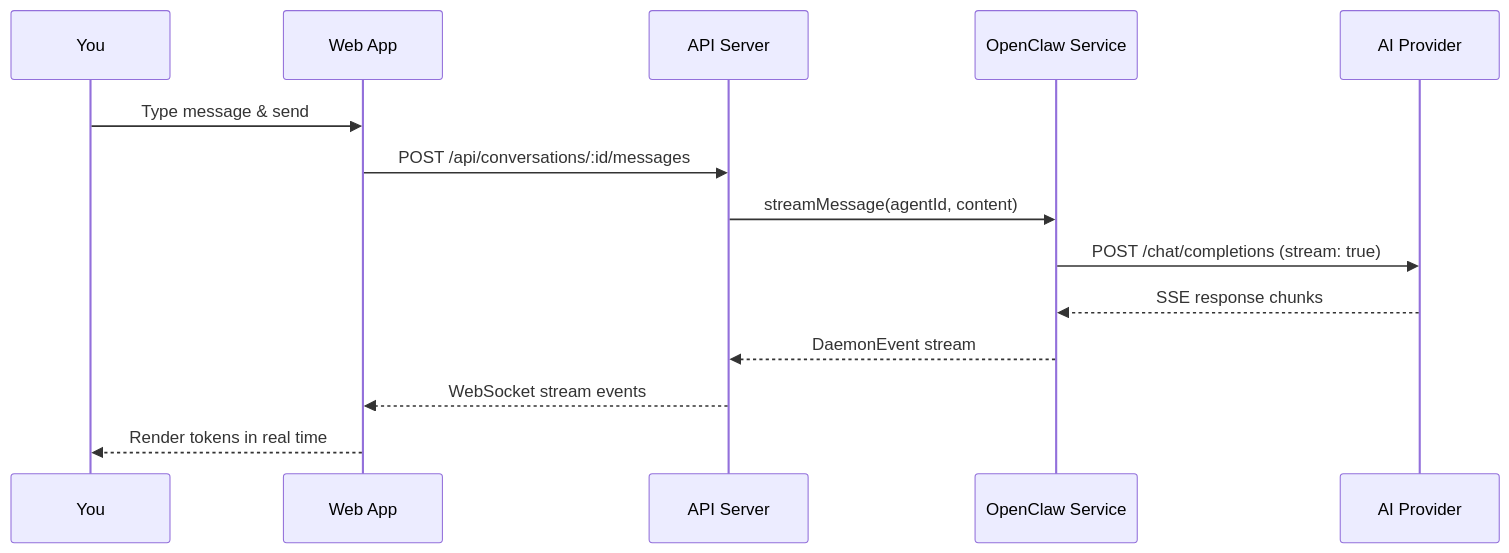
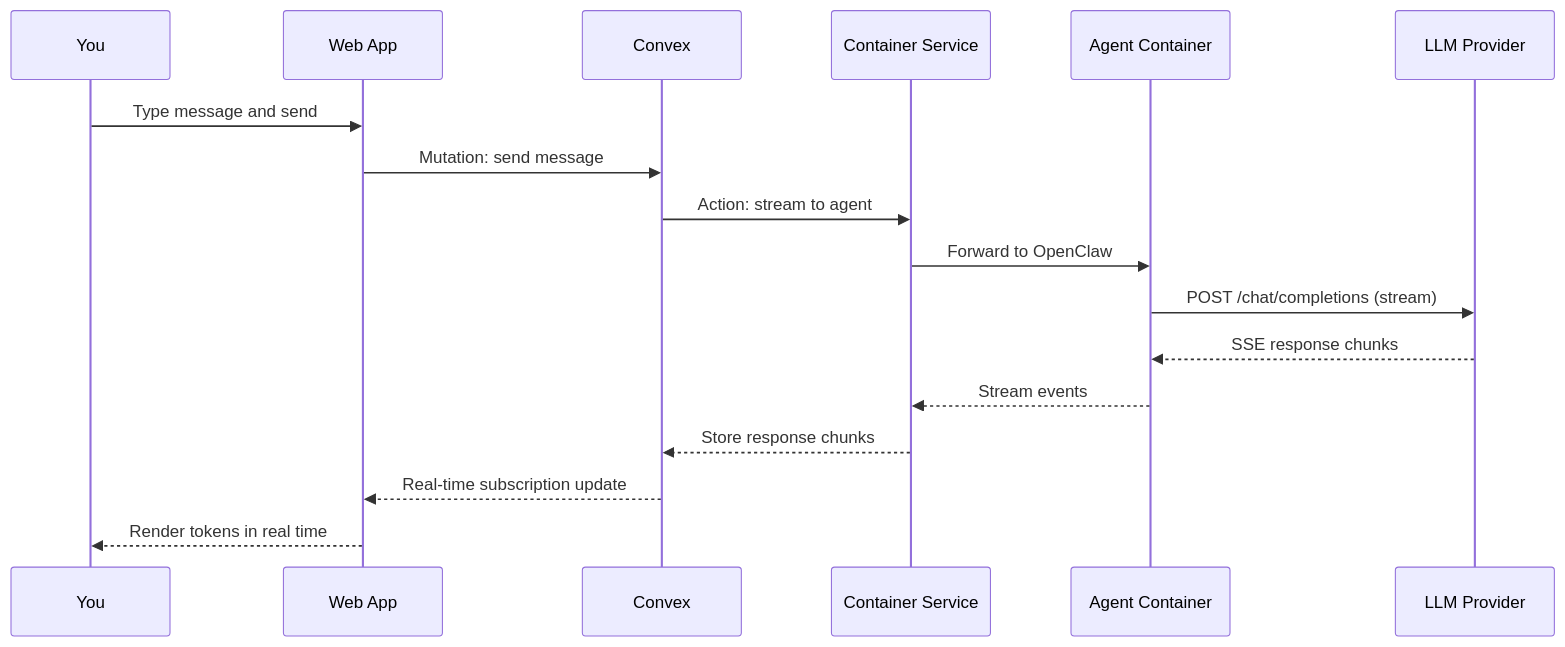
One commit to pde-rent/monokeros changed the second of 2 diagrams in docs/getting-started/quick-start.md. Above: the diagram before and after it, drawn with Mermaid. The commit also changed other lines of this file and 50 other files, not shown here.

````diff
--- a/docs/getting-started/quick-start.md
+++ b/docs/getting-started/quick-start.md
@@ -84,17 +102,20 @@
 ```mermaid
 sequenceDiagram
     participant U as You
     participant W as Web App
-    participant A as API Server
-    participant OC as OpenClaw Service
-    participant P as AI Provider
+    participant C as Convex
+    participant CS as Container Service
+    participant A as Agent Container
+    participant P as LLM Provider
 
-    U->>W: Type message & send
-    W->>A: POST /api/conversations/:id/messages
-    A->>OC: streamMessage(agentId, content)
-    OC->>P: POST /chat/completions (stream: true)
-    P-->>OC: SSE response chunks
-    OC-->>A: DaemonEvent stream
-    A-->>W: WebSocket stream events
+    U->>W: Type message and send
+    W->>C: Mutation: send message
+    C->>CS: Action: stream to agent
+    CS->>A: Forward to OpenClaw
+    A->>P: POST /chat/completions (stream)
+    P-->>A: SSE response chunks
+    A-->>CS: Stream events
+    CS-->>C: Store response chunks
+    C-->>W: Real-time subscription update
     W-->>U: Render tokens in real time
 ```
````
